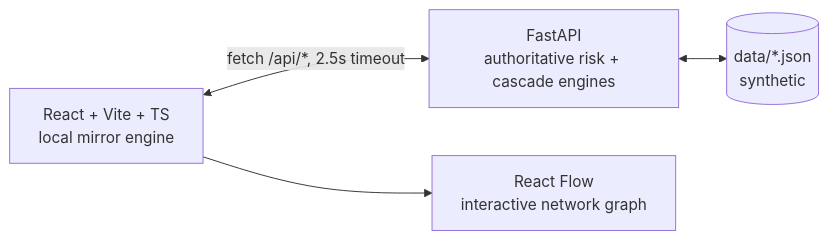
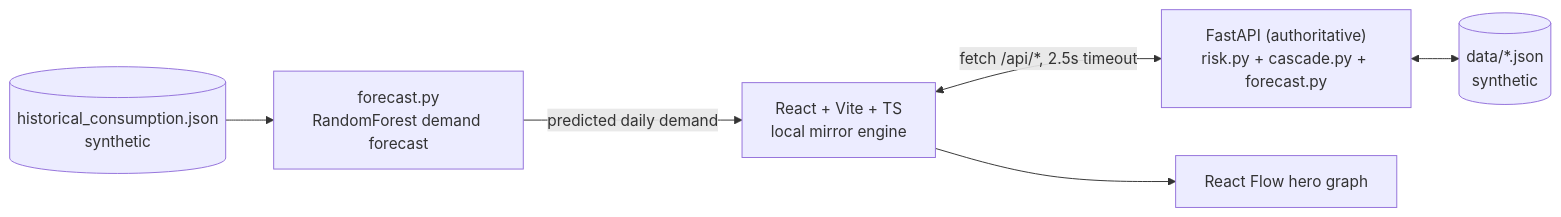
One commit to Darshhan-28/MediCascade changed the diagram in README.md. Above: the diagram before and after it, drawn with Mermaid. The commit also changed other lines of this file and 11 other files, not shown here.

````diff
--- a/README.md
+++ b/README.md
@@ -61,6 +32,8 @@
 ```mermaid
 flowchart LR
-  FE["React + Vite + TS<br/>local mirror engine"] <-->|"fetch /api/*, 2.5s timeout"| BE["FastAPI<br/>authoritative risk + cascade engines"]
+  HIST[("historical_consumption.json<br/>synthetic")] --> ML["forecast.py<br/>RandomForest demand forecast"]
+  ML -->|"predicted daily demand"| FE["React + Vite + TS<br/>local mirror engine"]
+  FE <-->|"fetch /api/*, 2.5s timeout"| BE["FastAPI (authoritative)<br/>risk.py + cascade.py + forecast.py"]
   BE <--> DATA[("data/*.json<br/>synthetic")]
-  FE --> RF["React Flow<br/>interactive network graph"]
+  FE --> RF["React Flow hero graph"]
 ```
````
